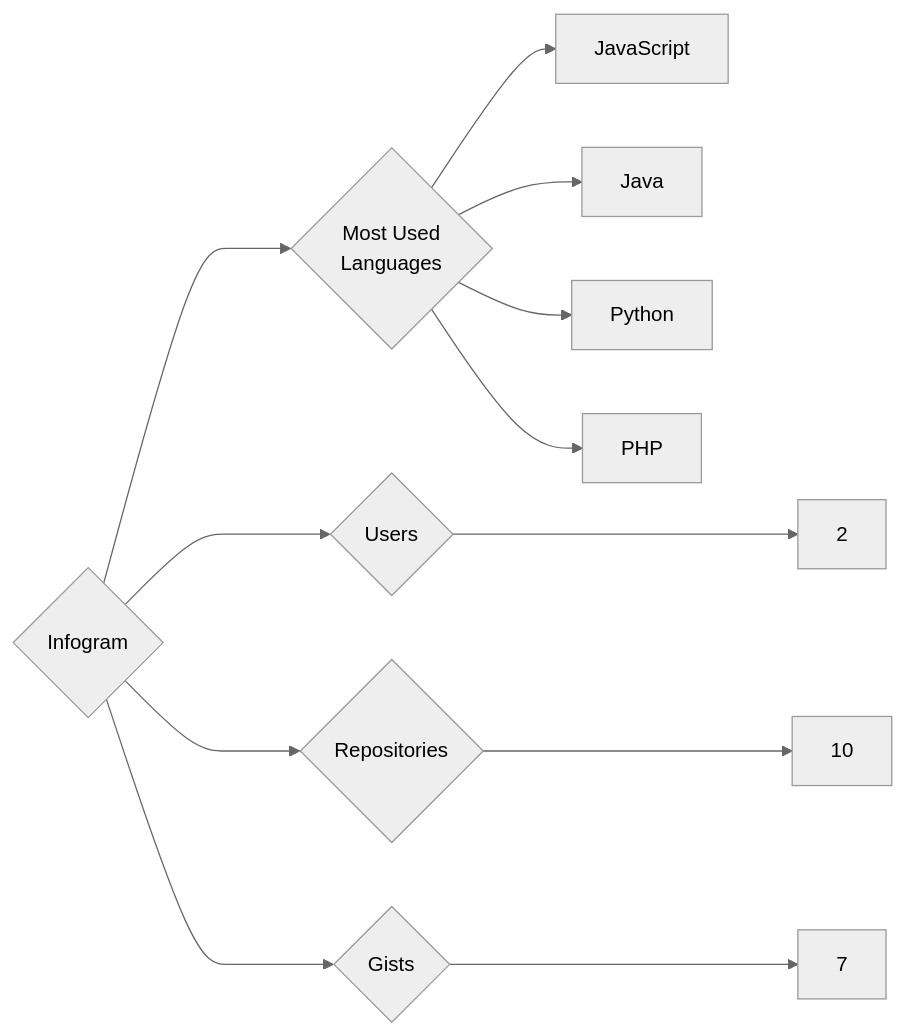
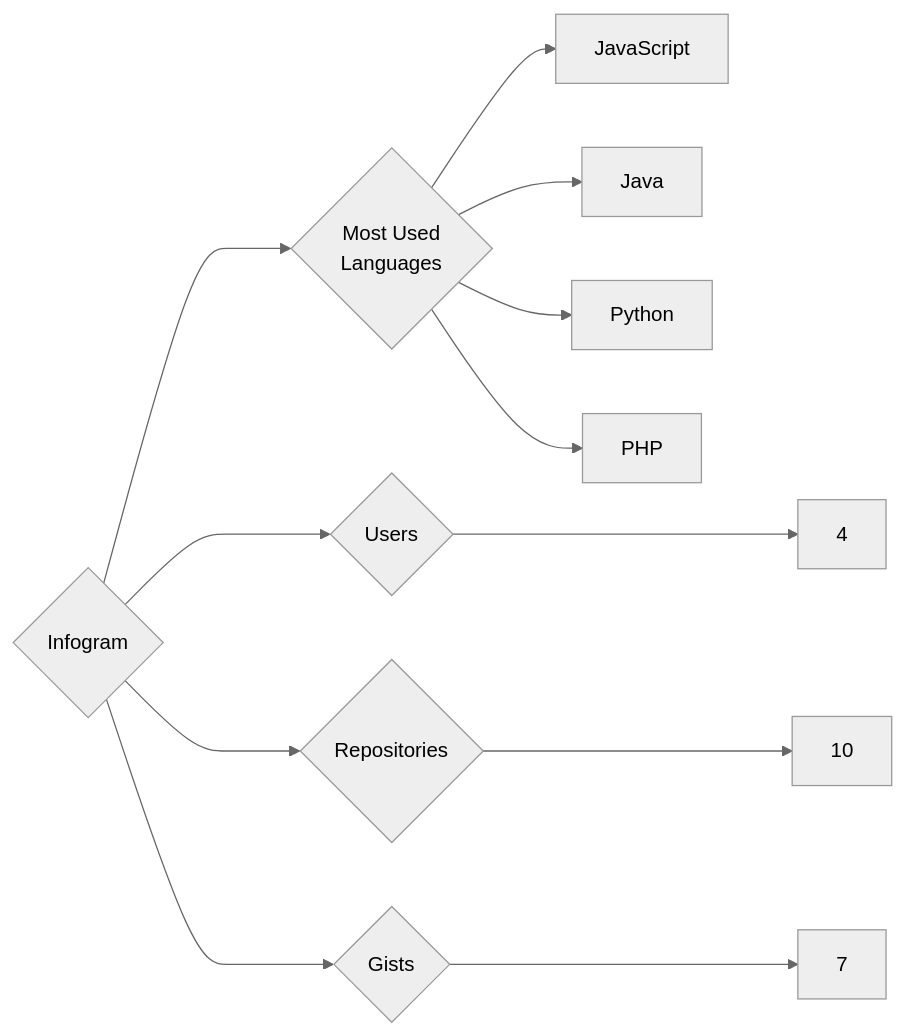
The diagram in targets/Infogram/README.md (trickest/insiders), drawn with Mermaid (neutral theme) before and after one commit. The commit also changed 1167 other files, not shown here.

````diff
--- a/targets/Infogram/README.md
+++ b/targets/Infogram/README.md
@@ -3,12 +3,12 @@
 ```mermaid
 graph LR
 COMPANY_NAME{Infogram}
-COMPANY_NAME ---> U{Users} ---> UN[2]
+COMPANY_NAME ---> U{Users} ---> UN[4]
 COMPANY_NAME ---> R{Repositories} ---> RN[10]
 COMPANY_NAME ---> G{Gists} ---> GN[7]
 COMPANY_NAME ---> ML{Most Used<br>Languages}
 ML --> JavaScript[JavaScript]
 ML --> Java[Java]
 ML --> Python[Python]
 ML --> PHP[PHP]
 ```
````
